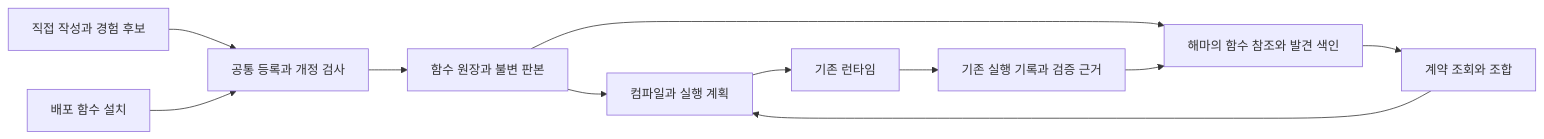
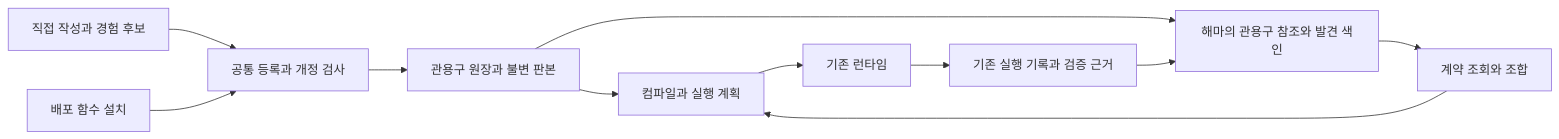
Before and after one commit to kangkukjin/indiebizOS: the diagram in docs/IBL_FUNCTION_MEMORY_UNIFICATION_DESIGN_2026_10_24.md, drawn with Mermaid. The commit also changed other lines of this file and 121 other files, not shown here.

````diff
--- a/docs/IBL_FUNCTION_MEMORY_UNIFICATION_DESIGN_2026_10_24.md
+++ b/docs/IBL_FUNCTION_MEMORY_UNIFICATION_DESIGN_2026_10_24.md
@@ -60,13 +62,13 @@
 ```mermaid
 flowchart LR
     A[직접 작성과 경험 후보] --> B[공통 등록과 개정 검사]
     P[배포 함수 설치] --> B
-    B --> C[함수 원장과 불변 판본]
+    B --> C[관용구 원장과 불변 판본]
     C --> D[컴파일과 실행 계획]
     D --> E[기존 런타임]
-    C --> F[해마의 함수 참조와 발견 색인]
+    C --> F[해마의 관용구 참조와 발견 색인]
     F --> G[계약 조회와 조합]
     G --> D
     E --> H[기존 실행 기록과 검증 근거]
     H --> F
 ```
````
